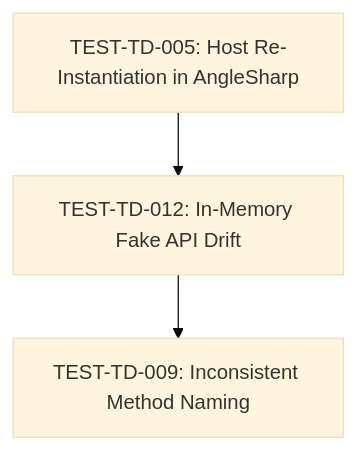
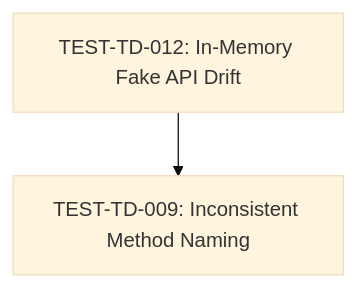
One commit to ColmKenna/Field-Sales changed the diagram in docs/test-technical-debt-backlog.md. Above: the diagram before and after it, drawn with Mermaid (base theme). The commit also changed other lines of this file, not shown here.

Commit message:
docs(test): update technical debt backlog with TEST-TD-005 completion

````diff
--- a/docs/test-technical-debt-backlog.md
+++ b/docs/test-technical-debt-backlog.md
@@ -88,5 +89,4 @@
 ```mermaid
 graph TD
-    A["TEST-TD-005: Host Re-Instantiation in AngleSharp"] --> B["TEST-TD-012: In-Memory Fake API Drift"]
-    B --> C["TEST-TD-009: Inconsistent Method Naming"]
+    A["TEST-TD-012: In-Memory Fake API Drift"] --> B["TEST-TD-009: Inconsistent Method Naming"]
 ```
````
